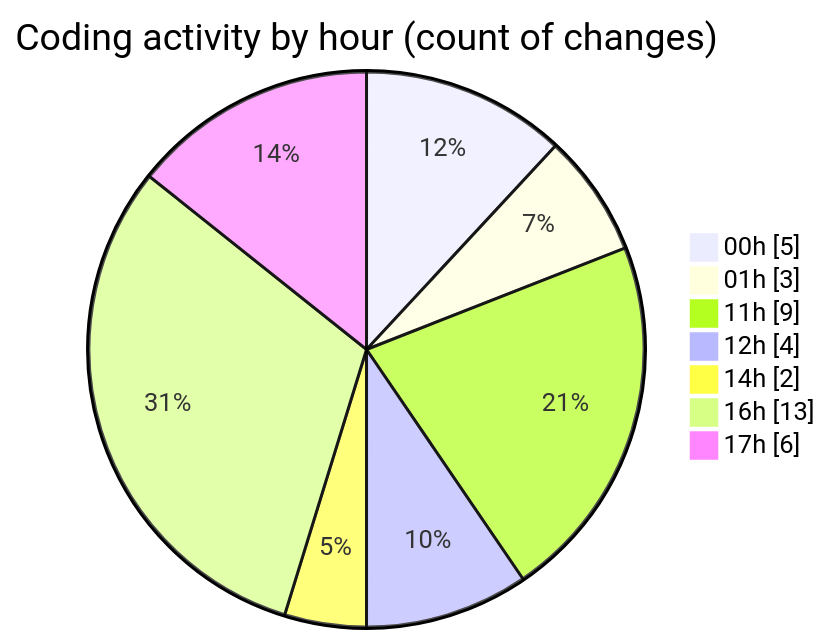
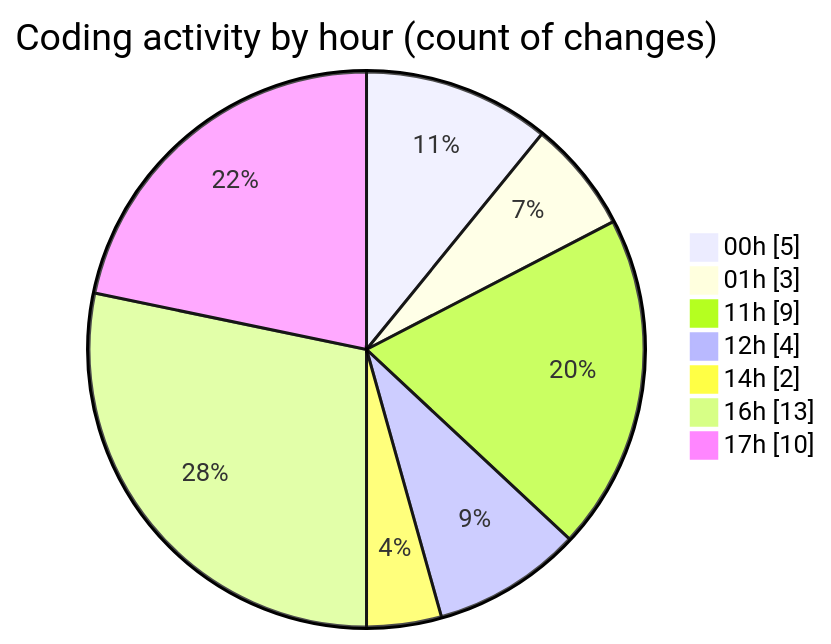
Before and after one commit to julien-gomy/code-tracking: the second of 2 diagrams in 2025-11-16/cdp_aleoudev_fr__workspace_/README.md, drawn with Mermaid. The commit also changed other lines of this file and 1 other file, not shown here.

````diff
--- a/2025-11-16/cdp_aleoudev_fr__workspace_/README.md
+++ b/2025-11-16/cdp_aleoudev_fr__workspace_/README.md
@@ -43,11 +43,11 @@
 ```mermaid
 pie showData
 title Coding activity by hour (count of changes)
 "00h" : 5
 "01h" : 3
 "11h" : 9
 "12h" : 4
 "14h" : 2
 "16h" : 13
-"17h" : 6
+"17h" : 10
 ```
````
